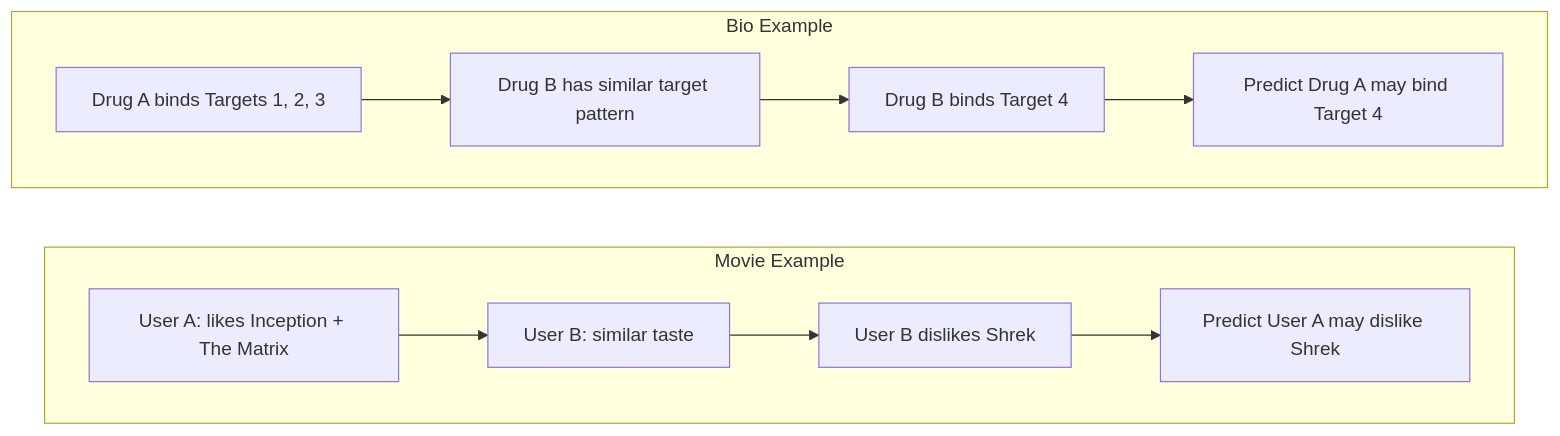
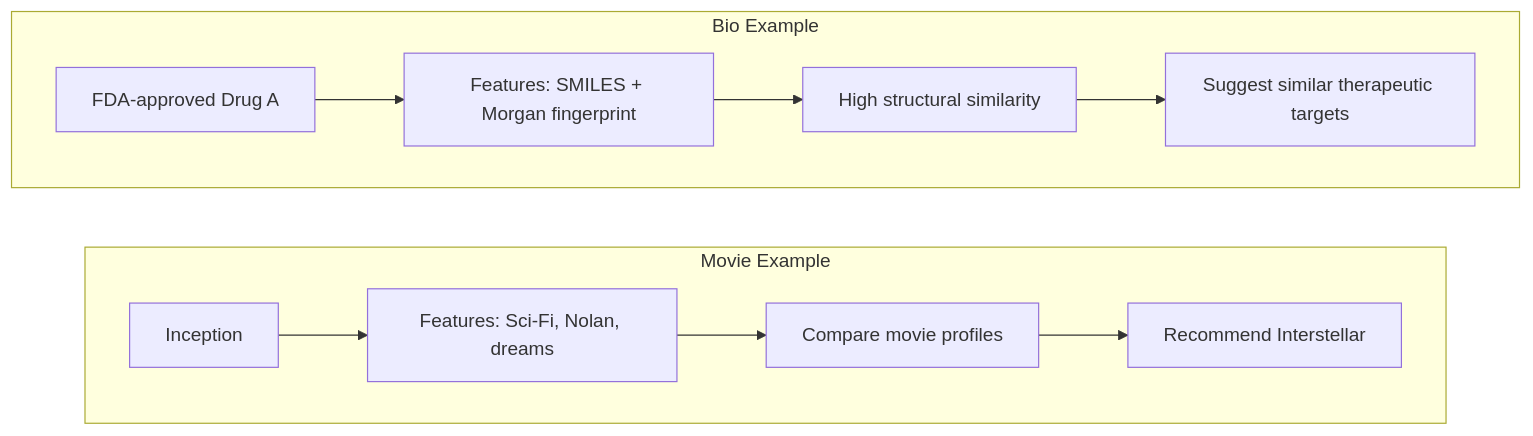
The fifth of 20 diagrams in Recomender Systems in Bioinformatics.md (ammahmoudi/bioinformatics-recommender-systems), drawn with Mermaid before and after one commit. The commit also changed other lines of this file, not shown here.

````diff
--- a/Recomender Systems in Bioinformatics.md
+++ b/Recomender Systems in Bioinformatics.md
@@ -82,16 +144,16 @@
 ```mermaid
 flowchart LR
     subgraph "Movie Example"
         direction LR
-        CFA["User A: likes Inception + The Matrix"] --> CFB["User B: similar taste"]
-        CFB --> CFC["User B dislikes Shrek"]
-        CFC --> CFD["Predict User A may dislike Shrek"]
+        CBFA["Inception"] --> CBFB["Features: Sci-Fi, Nolan, dreams"]
+        CBFB --> CBFC["Compare movie profiles"]
+        CBFC --> CBFD["Recommend Interstellar"]
     end
 
     subgraph "Bio Example"
         direction LR
-        CFE["Drug A binds Targets 1, 2, 3"] --> CFF["Drug B has similar target pattern"]
-        CFF --> CFG["Drug B binds Target 4"]
-        CFG --> CFH["Predict Drug A may bind Target 4"]
+        CBFE["FDA-approved Drug A"] --> CBFF["Features: SMILES + Morgan fingerprint"]
+        CBFF --> CBFG["High structural similarity"]
+        CBFG --> CBFH["Suggest similar therapeutic targets"]
     end
 ```
````
